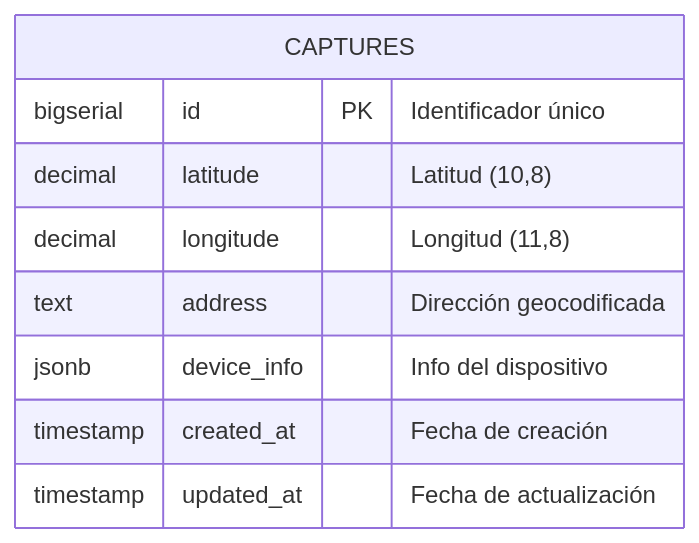
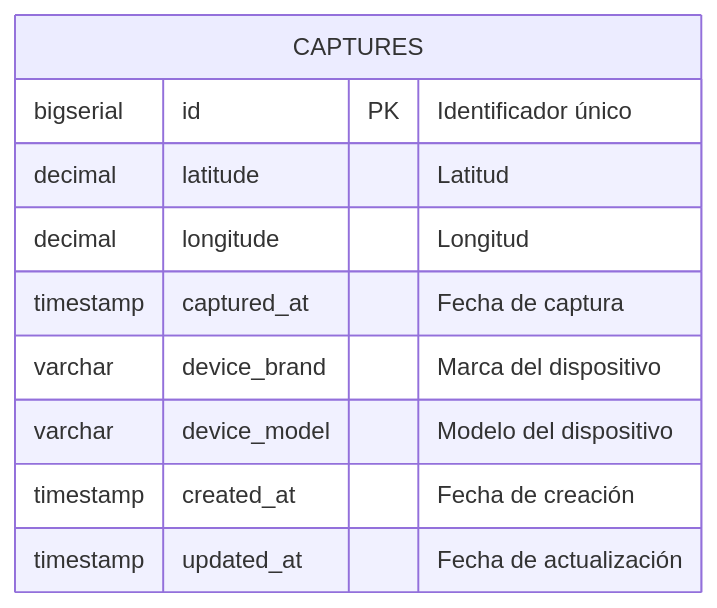
The diagram in database/database_diagram.md (geramirezl/GeoAPP), drawn with Mermaid before and after one commit. The commit also changed other lines of this file and 2 other files, not shown here.

````diff
--- a/database/database_diagram.md
+++ b/database/database_diagram.md
@@ -5,12 +5,13 @@
 ```mermaid
 erDiagram
     CAPTURES {
         bigserial id PK "Identificador único"
-        decimal latitude "Latitud (10,8)"
-        decimal longitude "Longitud (11,8)" 
-        text address "Dirección geocodificada"
-        jsonb device_info "Info del dispositivo"
+        decimal latitude "Latitud"
+        decimal longitude "Longitud" 
+        timestamp captured_at "Fecha de captura"
+        varchar device_brand "Marca del dispositivo"
+        varchar device_model "Modelo del dispositivo"
         timestamp created_at "Fecha de creación"
         timestamp updated_at "Fecha de actualización"
     }
 ```
````
